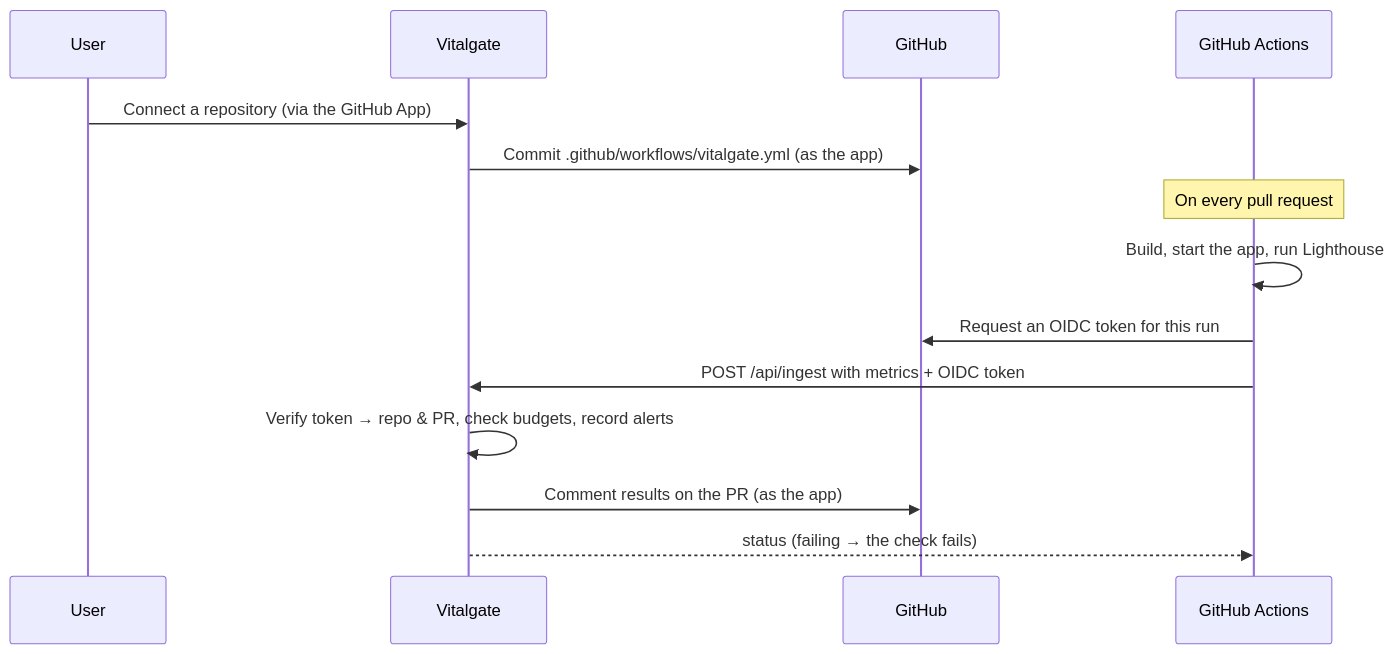
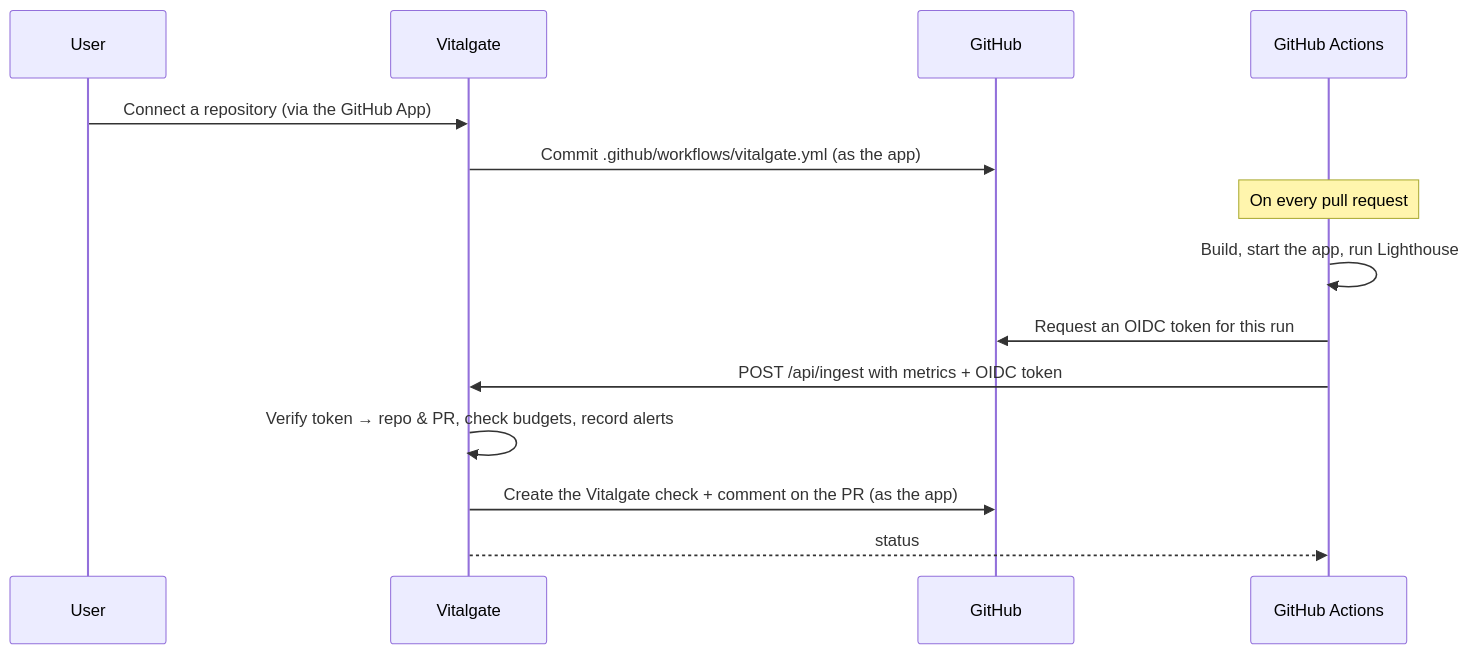
The diagram in README.md (ingfranciscastillo/Vitalgate), drawn with Mermaid before and after one commit. The commit also changed other lines of this file and 5 other files, not shown here.

First line of the commit message:
feat: report results as a "Vitalgate" check run on the pull request

````diff
--- a/README.md
+++ b/README.md
@@ -30,17 +30,17 @@
 ```mermaid
 sequenceDiagram
     participant U as User
     participant V as Vitalgate
     participant G as GitHub
     participant A as GitHub Actions
 
     U->>V: Connect a repository (via the GitHub App)
     V->>G: Commit .github/workflows/vitalgate.yml (as the app)
     Note over A: On every pull request
     A->>A: Build, start the app, run Lighthouse
     A->>G: Request an OIDC token for this run
     A->>V: POST /api/ingest with metrics + OIDC token
     V->>V: Verify token → repo & PR, check budgets, record alerts
-    V->>G: Comment results on the PR (as the app)
-    V-->>A: status (failing → the check fails)
+    V->>G: Create the Vitalgate check + comment on the PR (as the app)
+    V-->>A: status
 ```
````
